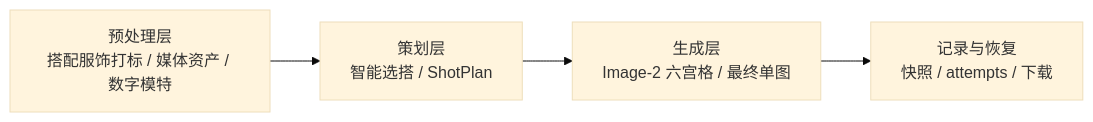
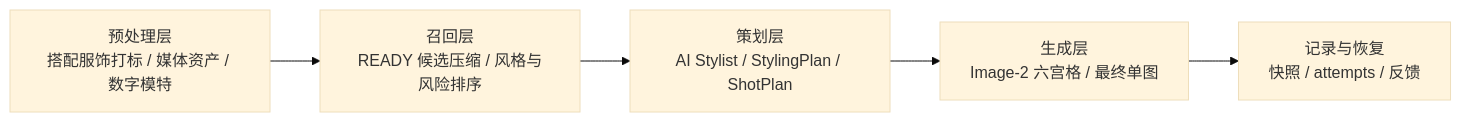
The diagram in design/01_generation_flow/generation_responsibility_matrix.md (happyvchen/ruyi-dream), drawn with Mermaid (base theme) before and after one commit. The commit also changed other lines of this file and 23 other files, not shown here.

````diff
--- a/design/01_generation_flow/generation_responsibility_matrix.md
+++ b/design/01_generation_flow/generation_responsibility_matrix.md
@@ -44,6 +53,7 @@
 ```mermaid
 flowchart LR
-  A["预处理层<br/>搭配服饰打标 / 媒体资产 / 数字模特"] --> B["策划层<br/>智能选搭 / ShotPlan"]
-  B --> C["生成层<br/>Image-2 六宫格 / 最终单图"]
-  C --> D["记录与恢复<br/>快照 / attempts / 下载"]
+  A["预处理层<br/>搭配服饰打标 / 媒体资产 / 数字模特"] --> B["召回层<br/>READY 候选压缩 / 风格与风险排序"]
+  B --> C["策划层<br/>AI Stylist / StylingPlan / ShotPlan"]
+  C --> D["生成层<br/>Image-2 六宫格 / 最终单图"]
+  D --> E["记录与恢复<br/>快照 / attempts / 反馈"]
 ```
````
